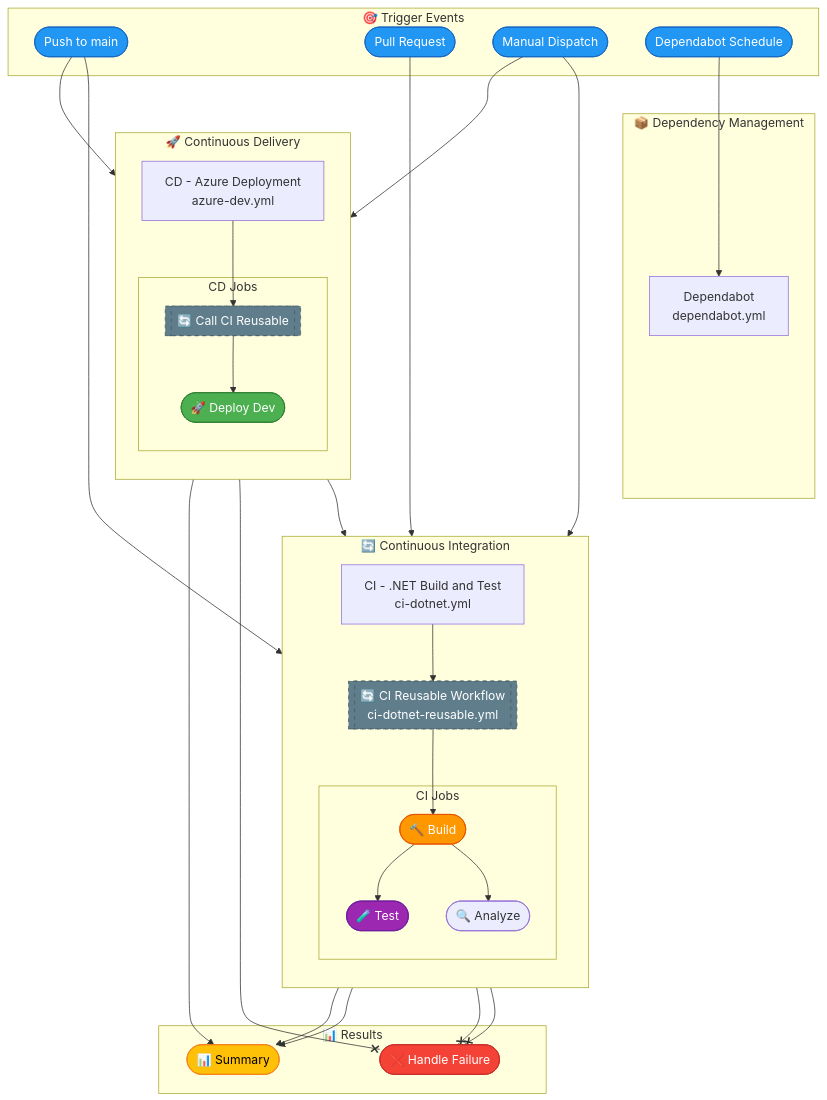
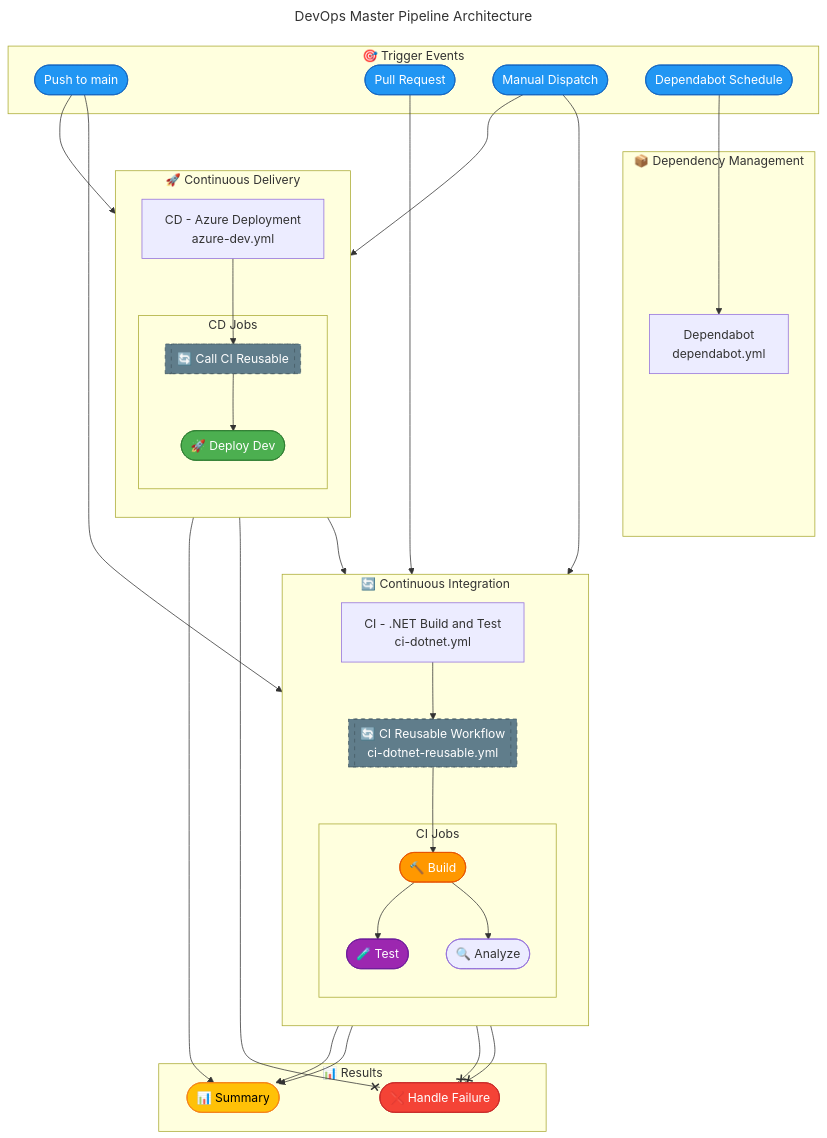
Before and after one commit to Evilazaro/Azure-LogicApps-Monitoring: the diagram in docs/devops/README.md, drawn with Mermaid. The commit also changed 3 other files, not shown here.

Commit message:
docs: Add titles to mermaid diagrams for improved clarity in DevOps documentation

````diff
--- a/docs/devops/README.md
+++ b/docs/devops/README.md
@@ -34,4 +34,7 @@
 ```mermaid
+---
+title: DevOps Master Pipeline Architecture
+---
 flowchart TB
     subgraph Triggers["🎯 Trigger Events"]
         push([Push to main])
````
